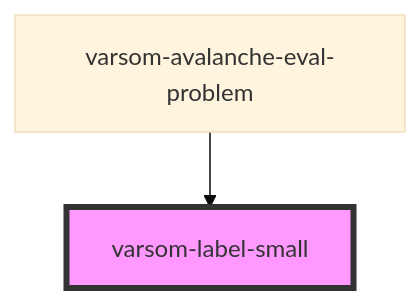
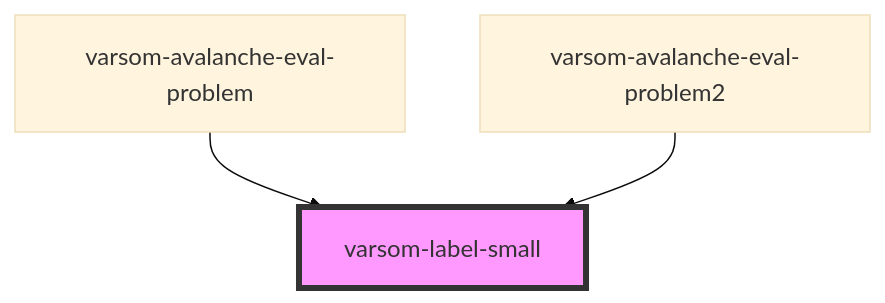
The diagram in observasjonskort/src/components/varsom-label-small/readme.md (NVE/varsom-observation), drawn with Mermaid (base theme) before and after one commit. The commit also changed other lines of this file and 3 other files, not shown here.

````diff
--- a/observasjonskort/src/components/varsom-label-small/readme.md
+++ b/observasjonskort/src/components/varsom-label-small/readme.md
@@ -22,5 +23,6 @@
 ```mermaid
 graph TD;
   varsom-avalanche-eval-problem --> varsom-label-small
+  varsom-avalanche-eval-problem2 --> varsom-label-small
   style varsom-label-small fill:#f9f,stroke:#333,stroke-width:4px
 ```
````
